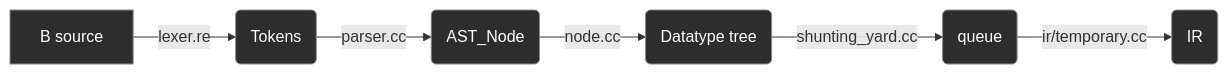
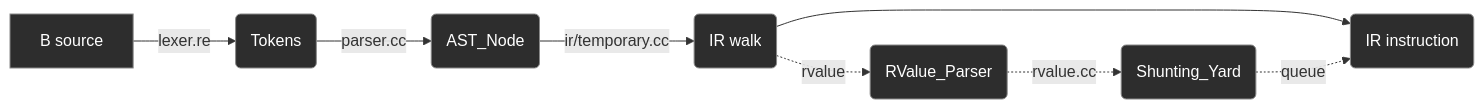
The diagram in credence/language/README.md (jahan-addison/credence), drawn with Mermaid before and after one commit. The commit also changed other lines of this file and 12 other files, not shown here.

Commit message:
chore: renamed Node_Parser to RValue_Parser; corrected the frontend and IR README diagrams and text, since Shunting_Yard and RValue_Parser are only invoked per-expression by the IR's statement walk

````diff
--- a/credence/language/README.md
+++ b/credence/language/README.md
@@ -7,15 +7,18 @@
 ```mermaid
 flowchart LR
     A[B source] -->|lexer.re| B(Tokens)
     B -->|parser.cc| C(AST_Node)
-    C -->|node.cc| D(Datatype tree)
-    D -->|shunting_yard.cc| E(queue)
-    E -->|ir/temporary.cc| F(IR)
+    C -->|ir/temporary.cc| D(IR walk)
+    D --> G(IR instruction)
+    D -.->|rvalue| E(RValue_Parser)
+    E -.->|rvalue.cc| F(Shunting_Yard)
+    F -.->|queue| G
 
     style A fill:#2d2d2d,stroke:#888,color:#fff
     style B fill:#2d2d2d,stroke:#888,color:#fff
     style C fill:#2d2d2d,stroke:#888,color:#fff
     style D fill:#2d2d2d,stroke:#888,color:#fff
     style E fill:#2d2d2d,stroke:#888,color:#fff
     style F fill:#2d2d2d,stroke:#888,color:#fff
+    style G fill:#2d2d2d,stroke:#888,color:#fff
 ```
````
